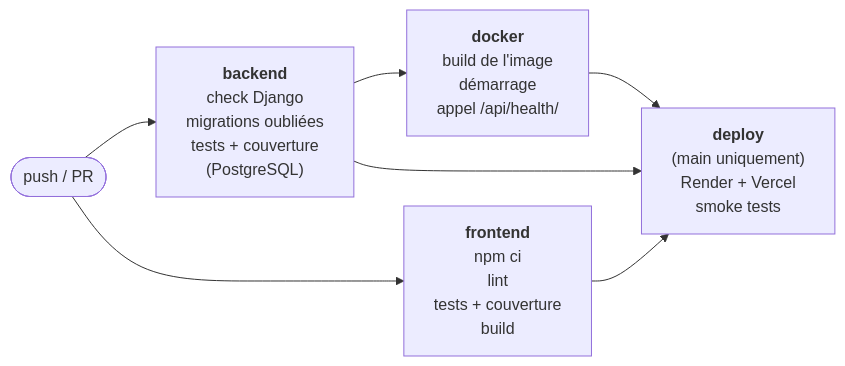
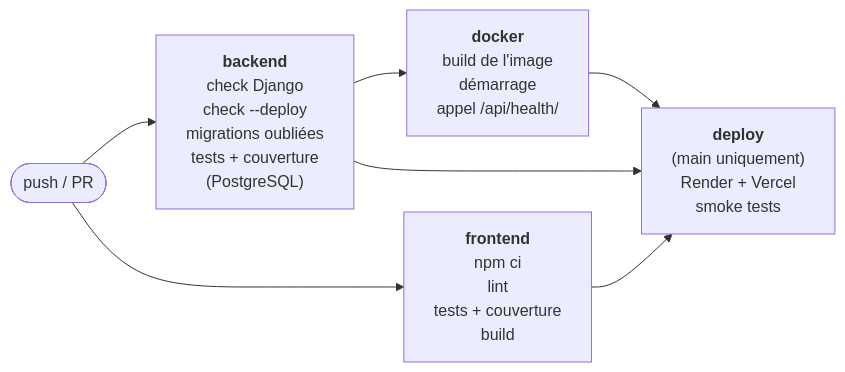
The first of 2 diagrams in docs/REX.md (logandndy/weeb_Logan_donday), drawn with Mermaid before and after one commit. The commit also changed other lines of this file and 1 other file, not shown here.

````diff
--- a/docs/REX.md
+++ b/docs/REX.md
@@ -122,14 +122,14 @@
 ```mermaid
 flowchart LR
     push([push / PR]) --> backend
     push --> frontend
     backend --> docker
     backend --> deploy
     frontend --> deploy
     docker --> deploy
 
-    backend["<b>backend</b><br/>check Django<br/>migrations oubliées<br/>tests + couverture<br/>(PostgreSQL)"]
+    backend["<b>backend</b><br/>check Django<br/>check --deploy<br/>migrations oubliées<br/>tests + couverture<br/>(PostgreSQL)"]
     frontend["<b>frontend</b><br/>npm ci<br/>lint<br/>tests + couverture<br/>build"]
     docker["<b>docker</b><br/>build de l'image<br/>démarrage<br/>appel /api/health/"]
     deploy["<b>deploy</b><br/>(main uniquement)<br/>Render + Vercel<br/>smoke tests"]
 ```
````
